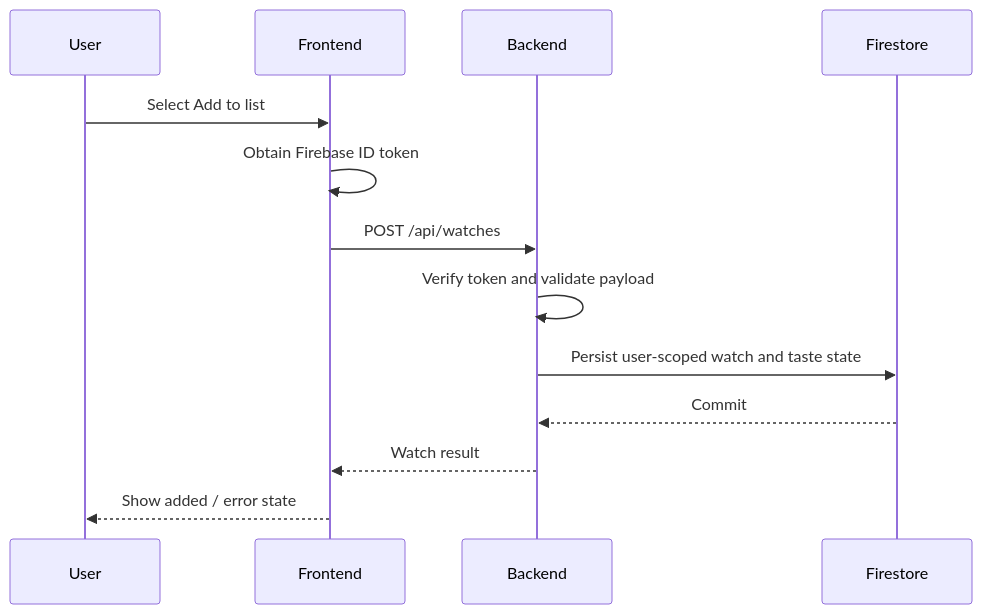
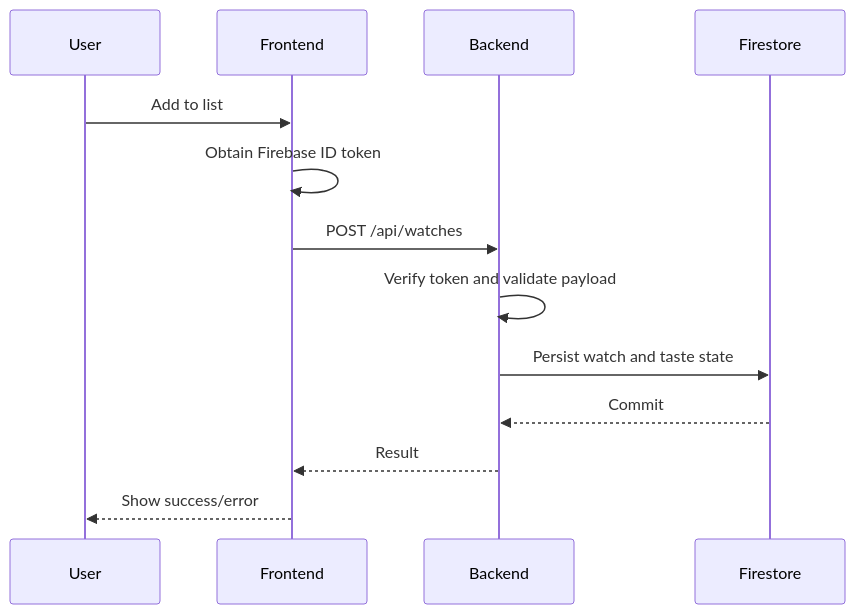
The third of 3 diagrams in docs/04_App_Flow.md (Shreyas-patil07/Dex), drawn with Mermaid before and after one commit. The commit also changed other lines of this file and 20 other files, not shown here.

````diff
--- a/docs/04_App_Flow.md
+++ b/docs/04_App_Flow.md
@@ -51,15 +50,15 @@
 ```mermaid
 sequenceDiagram
-    participant User
+    participant U as User
     participant UI as Frontend
     participant API as Backend
     participant DB as Firestore
-    User->>UI: Select Add to list
+    U->>UI: Add to list
     UI->>UI: Obtain Firebase ID token
     UI->>API: POST /api/watches
     API->>API: Verify token and validate payload
-    API->>DB: Persist user-scoped watch and taste state
+    API->>DB: Persist watch and taste state
     DB-->>API: Commit
-    API-->>UI: Watch result
-    UI-->>User: Show added / error state
+    API-->>UI: Result
+    UI-->>U: Show success/error
 ```
````
